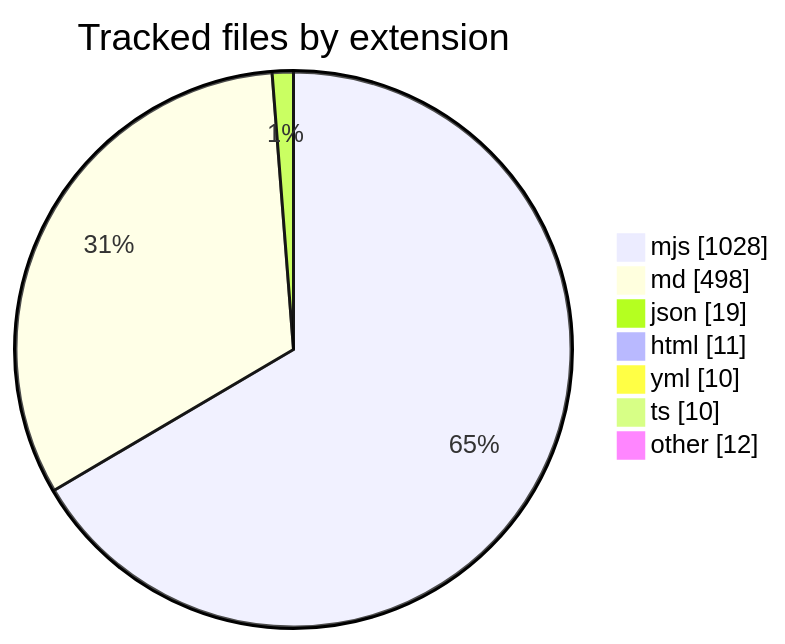
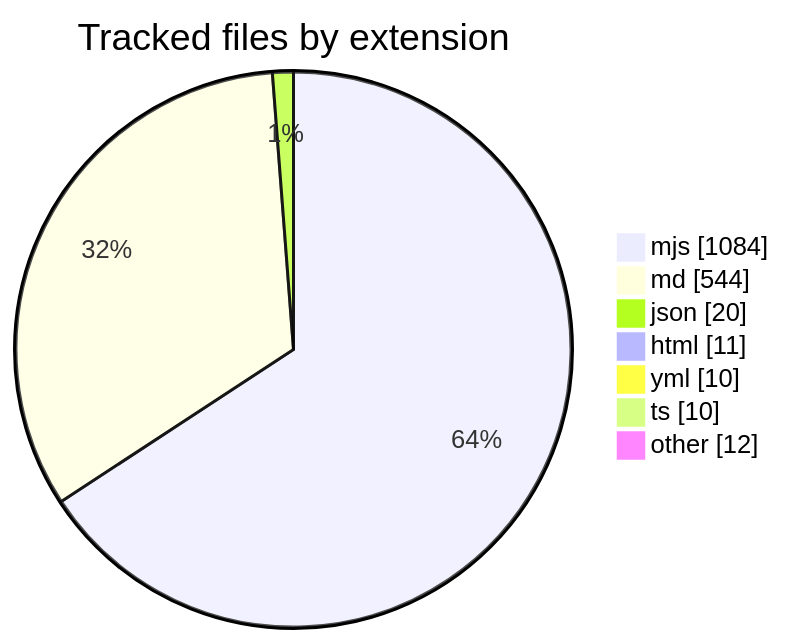
One commit to mfittko/dev-loops changed the second of 12 diagrams in docs/atlas/13-numbers.md. Above: the diagram before and after it, drawn with Mermaid. The commit also changed other lines of this file, not shown here.

````diff
--- a/docs/atlas/13-numbers.md
+++ b/docs/atlas/13-numbers.md
@@ -36,11 +36,11 @@
 ```mermaid
 pie showData
   title Tracked files by extension
-  "mjs" : 1028
-  "md" : 498
-  "json" : 19
+  "mjs" : 1084
+  "md" : 544
+  "json" : 20
   "html" : 11
   "yml" : 10
   "ts" : 10
   "other" : 12
 ```
````
